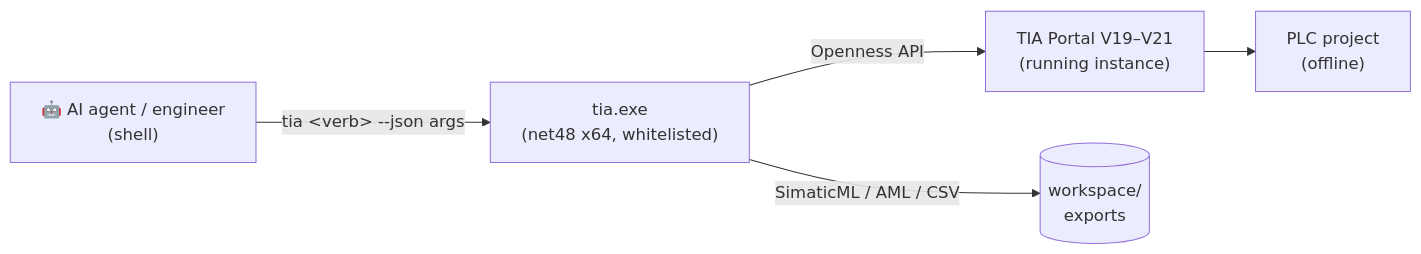
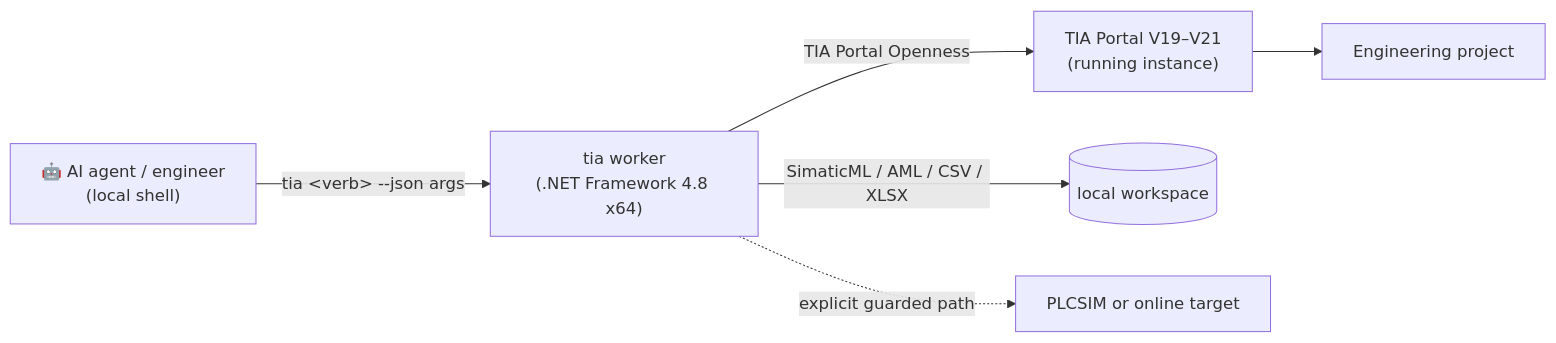
Before and after one commit to Codyte/Tia-Portal-CLI: the diagram in README.md, drawn with Mermaid. The commit also changed other lines of this file and 5 other files, not shown here.

````diff
--- a/README.md
+++ b/README.md
@@ -98,7 +128,8 @@
 ```mermaid
 flowchart LR
-    A["🤖 AI agent / engineer<br/>(shell)"] -->|"tia &lt;verb&gt; --json args"| B["tia.exe<br/>(net48 x64, whitelisted)"]
-    B -->|Openness API| C["TIA Portal V19–V21<br/>(running instance)"]
-    B -->|SimaticML / AML / CSV| D[("workspace/<br/>exports")]
-    C --> E["PLC project<br/>(offline)"]
+    A["🤖 AI agent / engineer<br/>(local shell)"] -->|"tia &lt;verb&gt; --json args"| B["tia worker<br/>(.NET Framework 4.8 x64)"]
+    B -->|"TIA Portal Openness"| C["TIA Portal V19–V21<br/>(running instance)"]
+    B -->|"SimaticML / AML / CSV / XLSX"| D[("local workspace")]
+    C --> E["Engineering project"]
+    B -. explicit guarded path .-> F["PLCSIM or online target"]
 ```
````
